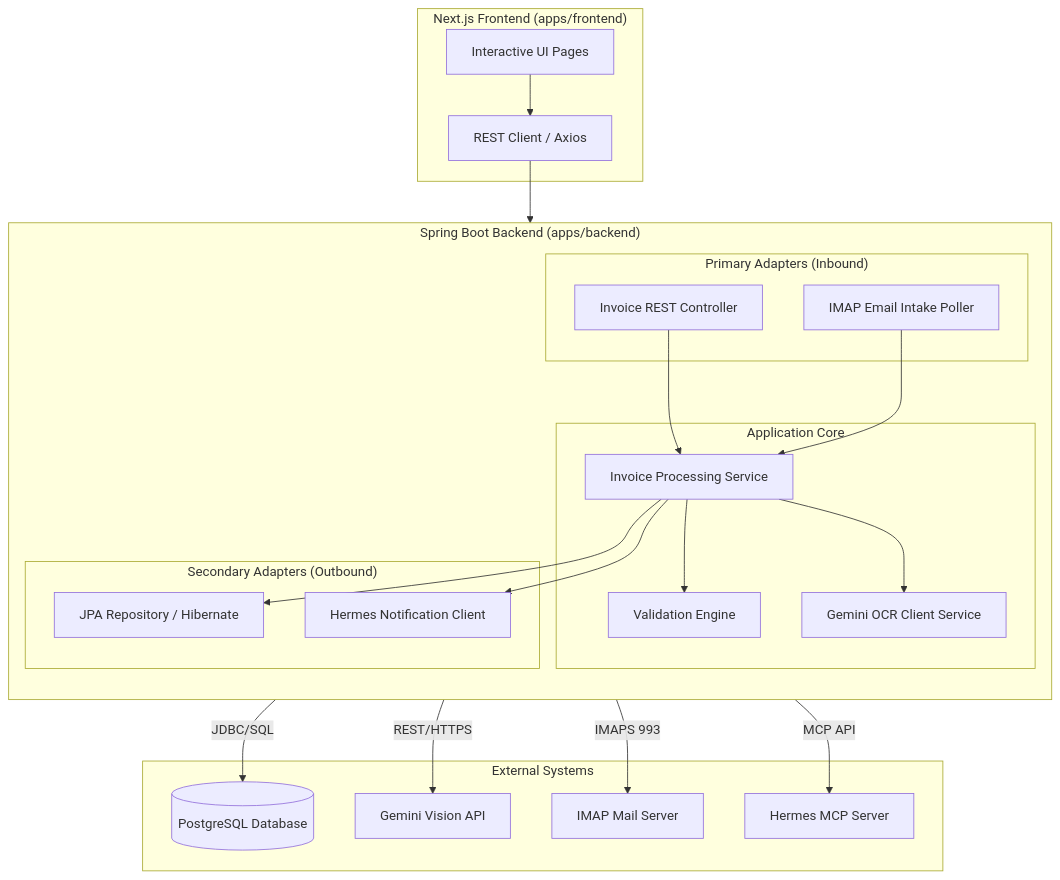
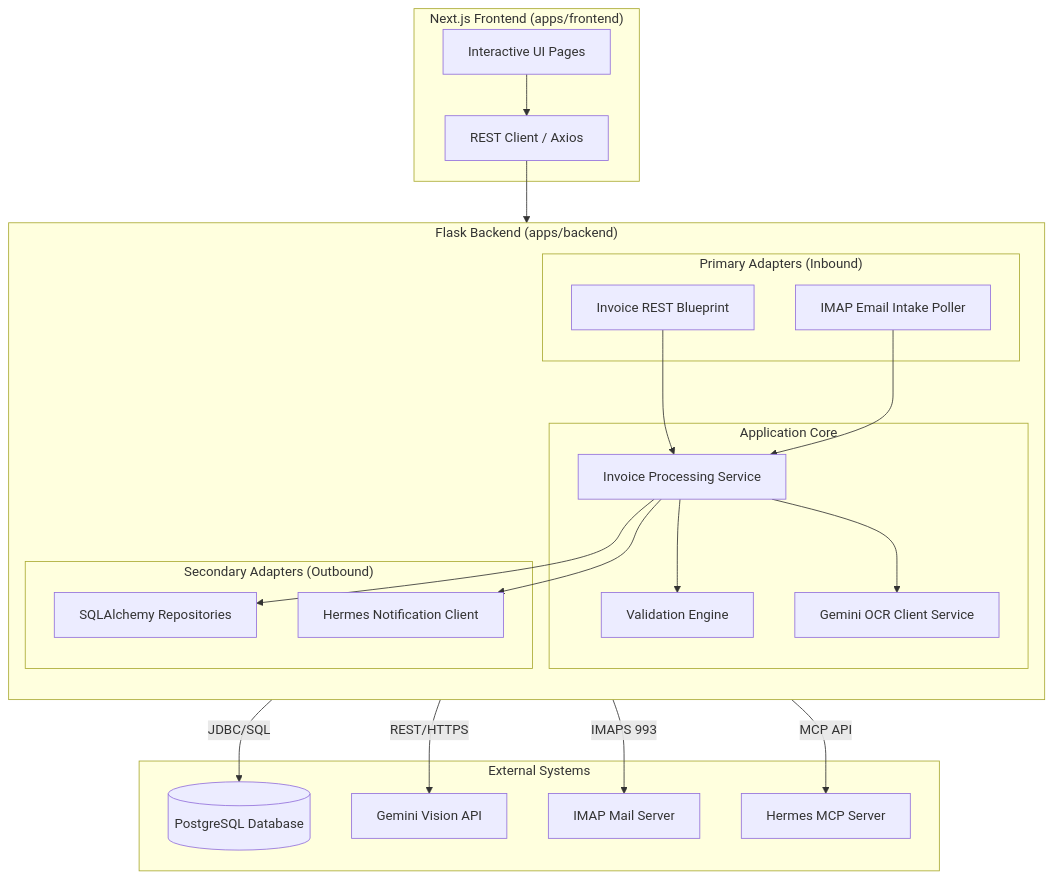
One commit to LuongHaMinhVy/ocr-invoice-engine changed the first of 4 diagrams in docs/02-Design/SAD-001-ocr-invoice-architecture.md. Above: the diagram before and after it, drawn with Mermaid. The commit also changed other lines of this file and 6 other files, not shown here.

Commit message:
refactor: switch backend tech stack from Spring Boot to Python Flask in specs, designs, and plans

````diff
--- a/docs/02-Design/SAD-001-ocr-invoice-architecture.md
+++ b/docs/02-Design/SAD-001-ocr-invoice-architecture.md
@@ -16,47 +16,47 @@
 ```mermaid
 graph TD
     subgraph "Next.js Frontend (apps/frontend)"
         UI[Interactive UI Pages]
         API_Client[REST Client / Axios]
         UI --> API_Client
     end
 
-    subgraph "Spring Boot Backend (apps/backend)"
+    subgraph "Flask Backend (apps/backend)"
         direction TB
         subgraph "Primary Adapters (Inbound)"
-            REST[Invoice REST Controller]
+            REST[Invoice REST Blueprint]
             Email_Poller[IMAP Email Intake Poller]
         end
 
         subgraph "Application Core"
             Biz_Processor[Invoice Processing Service]
             OCR_Manager[Gemini OCR Client Service]
             Math_Validator[Validation Engine]
             
             REST & Email_Poller --> Biz_Processor
             Biz_Processor --> Math_Validator
             Biz_Processor --> OCR_Manager
         end
 
         subgraph "Secondary Adapters (Outbound)"
-            DB_Repo[JPA Repository / Hibernate]
+            DB_Repo[SQLAlchemy Repositories]
             Hermes_Gateway[Hermes Notification Client]
             
             Biz_Processor --> DB_Repo
             Biz_Processor --> Hermes_Gateway
         end
     end
 
     subgraph "External Systems"
         Postgres[(PostgreSQL Database)]
         Gemini[Gemini Vision API]
         Mail_Server[IMAP Mail Server]
         Hermes[Hermes MCP Server]
 
         API_Client --> REST
         Email_Poller -->|IMAPS 993| Mail_Server
         OCR_Manager -->|REST/HTTPS| Gemini
         DB_Repo -->|JDBC/SQL| Postgres
         Hermes_Gateway -->|MCP API| Hermes
     end
 ```
````
